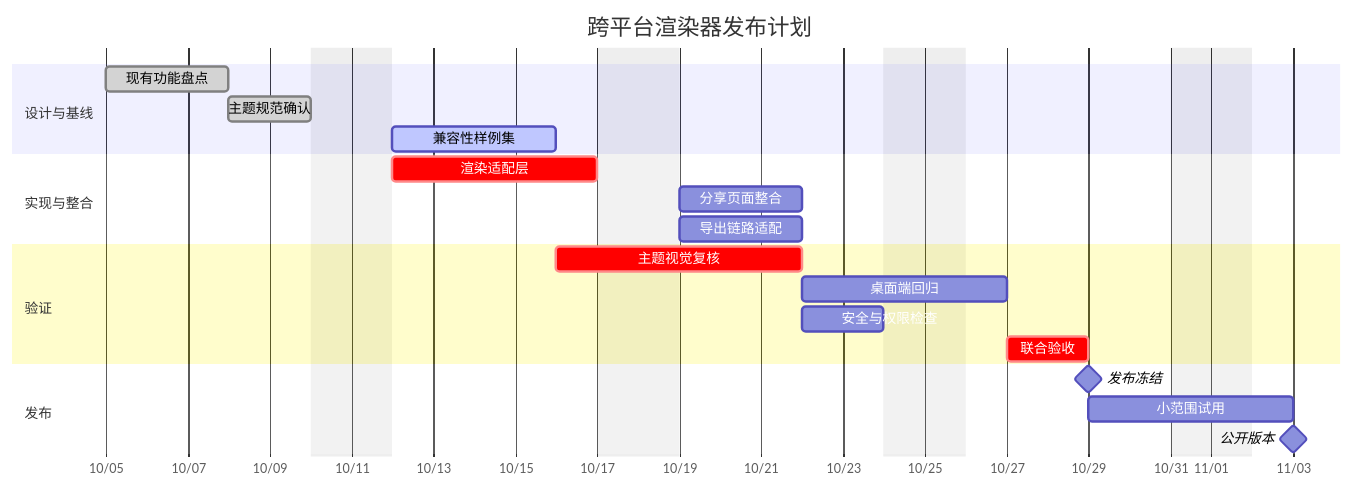
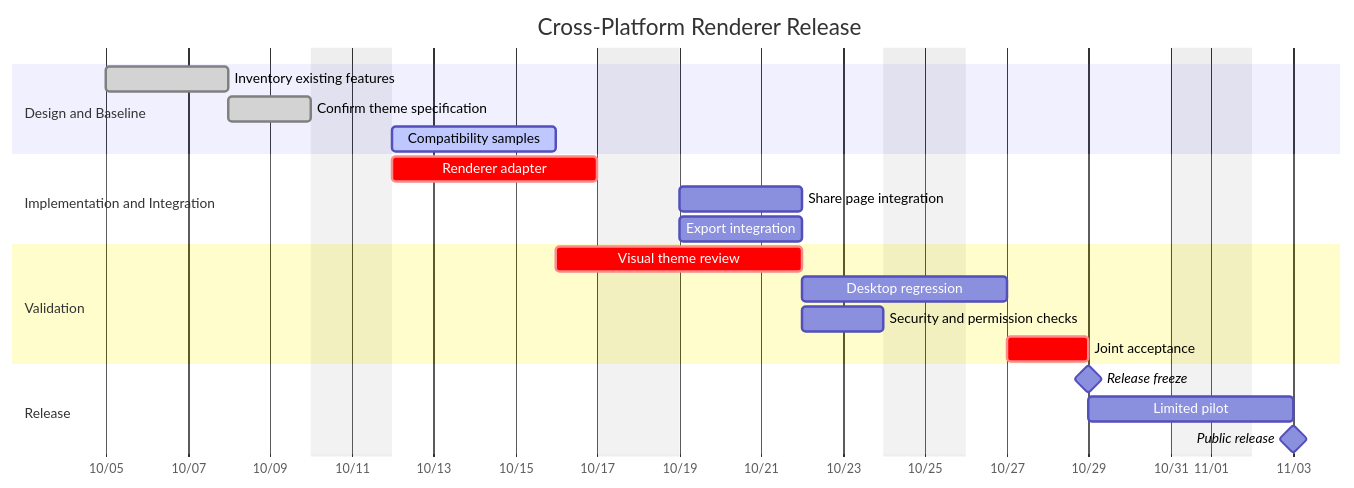
Diagram 14 of 50 in docs/examples/mermaid-pele-theme-gallery.md (wizlijun/note.md), drawn with Mermaid before and after one commit. The commit also changed other lines of this file, not shown here.

Commit message:
docs: make diagram gallery English and image focused

````diff
--- a/docs/examples/mermaid-pele-theme-gallery.md
+++ b/docs/examples/mermaid-pele-theme-gallery.md
@@ -862,24 +594,24 @@
 ```mermaid
 gantt
-  title 跨平台渲染器发布计划
+  title Cross-Platform Renderer Release
   dateFormat YYYY-MM-DD
   axisFormat %m/%d
   excludes weekends
-  section 设计与基线
-  现有功能盘点 :done, baseline, 2026-10-05, 3d
-  主题规范确认 :done, theme, after baseline, 2d
-  兼容性样例集 :active, cases, after theme, 4d
-  section 实现与整合
-  渲染适配层 :crit, adapter, after theme, 5d
-  分享页面整合 :share, after adapter, 3d
-  导出链路适配 :export, after adapter, 3d
-  section 验证
-  主题视觉复核 :crit, visual, after cases, 4d
-  桌面端回归 :desktop, after share, 3d
-  安全与权限检查 :security, after export, 2d
-  联合验收 :crit, acceptance, after visual desktop security, 2d
-  section 发布
-  发布冻结 :milestone, freeze, after acceptance, 0d
-  小范围试用 :pilot, after freeze, 3d
-  公开版本 :milestone, release, after pilot, 0d
+  section Design and Baseline
+  Inventory existing features :done, baseline, 2026-10-05, 3d
+  Confirm theme specification :done, theme, after baseline, 2d
+  Compatibility samples :active, cases, after theme, 4d
+  section Implementation and Integration
+  Renderer adapter :crit, adapter, after theme, 5d
+  Share page integration :share, after adapter, 3d
+  Export integration :export, after adapter, 3d
+  section Validation
+  Visual theme review :crit, visual, after cases, 4d
+  Desktop regression :desktop, after share, 3d
+  Security and permission checks :security, after export, 2d
+  Joint acceptance :crit, acceptance, after visual desktop security, 2d
+  section Release
+  Release freeze :milestone, freeze, after acceptance, 0d
+  Limited pilot :pilot, after freeze, 3d
+  Public release :milestone, release, after pilot, 0d
 ```
````
